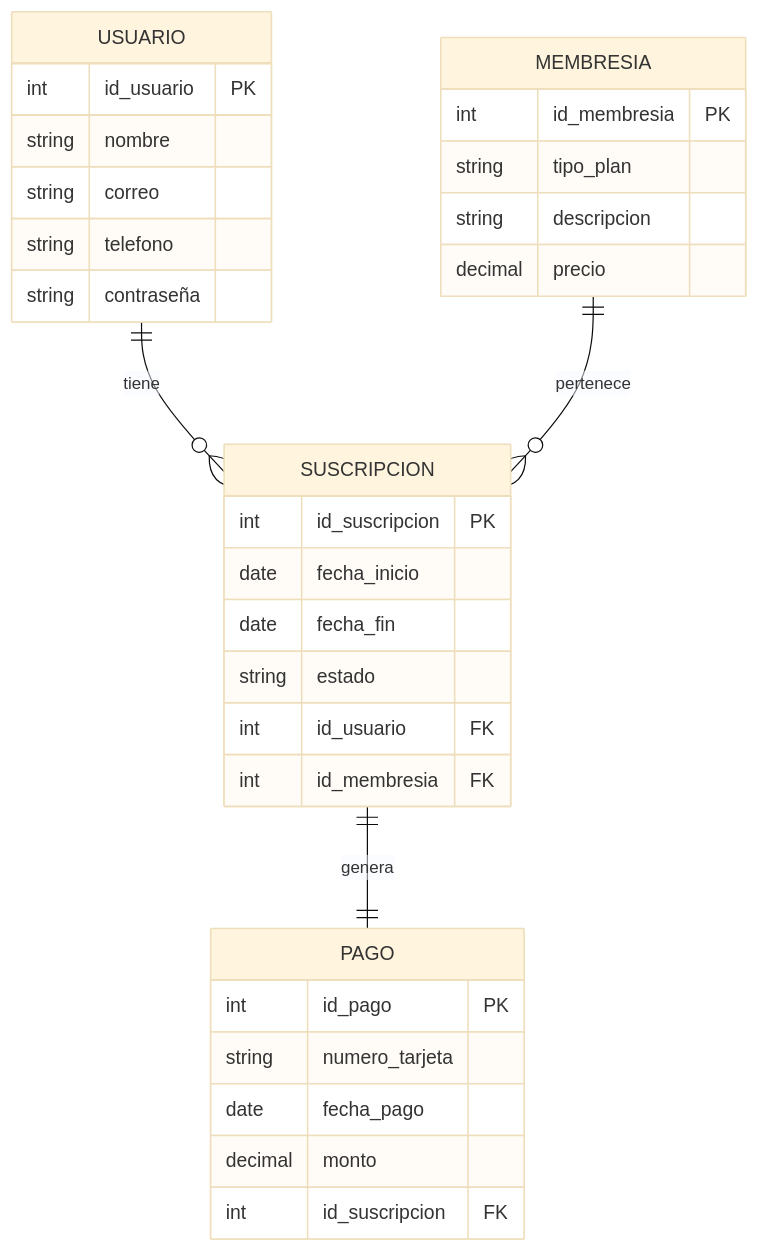
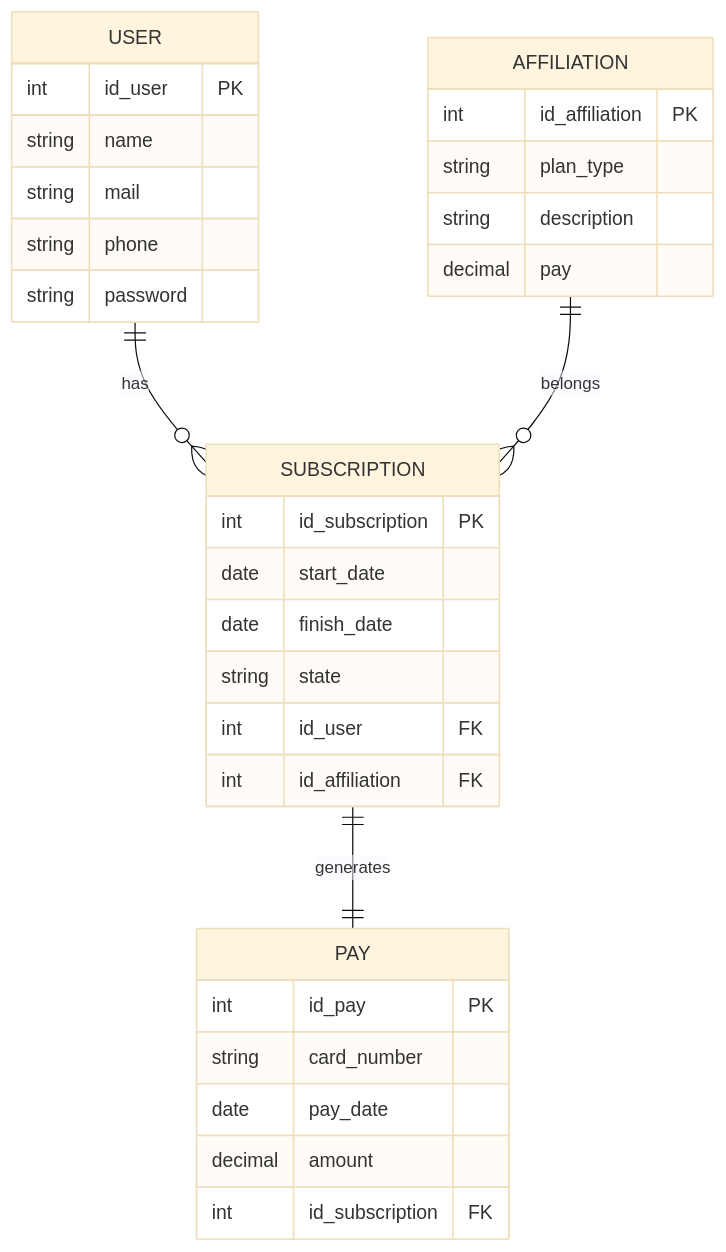
The diagram in docs/erd_diagram.md (monica-ry/cbtis47-db-membre), drawn with Mermaid (base theme) before and after one commit.

Commit message:
Refactor ERD diagram with updated terminology

````diff
--- a/docs/erd_diagram.md
+++ b/docs/erd_diagram.md
@@ -1,39 +1,39 @@
 ```mermaid
 erDiagram
 
-    USUARIO {
-        int id_usuario PK
-        string nombre
-        string correo
-        string telefono
-        string contraseña
+    USER {
+        int id_user PK
+        string name
+        string mail
+        string phone
+        string password
     }
 
-    MEMBRESIA {
-        int id_membresia PK
-        string tipo_plan
-        string descripcion
-        decimal precio
+    AFFILIATION {
+        int id_affiliation PK
+        string plan_type
+        string description
+        decimal pay
     }
 
-    SUSCRIPCION {
-        int id_suscripcion PK
-        date fecha_inicio
-        date fecha_fin
-        string estado
-        int id_usuario FK
-        int id_membresia FK
+    SUBSCRIPTION {
+        int id_subscription PK
+        date start_date
+        date finish_date
+        string state
+        int id_user FK
+        int id_affiliation FK
     }
 
-    PAGO {
-        int id_pago PK
-        string numero_tarjeta
-        date fecha_pago
-        decimal monto
-        int id_suscripcion FK
+    PAY {
+        int id_pay PK
+        string card_number
+        date pay_date
+        decimal amount
+        int id_subscription FK
     }
 
-    USUARIO ||--o{ SUSCRIPCION : tiene
-    MEMBRESIA ||--o{ SUSCRIPCION : pertenece
-    SUSCRIPCION ||--|| PAGO : genera
+    USER ||--o{ SUBSCRIPTION : has
+    AFFILIATION ||--o{ SUBSCRIPTION : belongs
+    SUBSCRIPTION ||--|| PAY : generates
 ```
````
